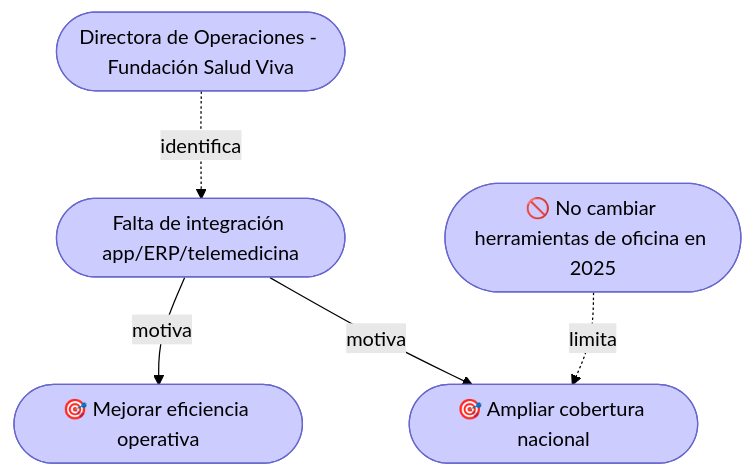
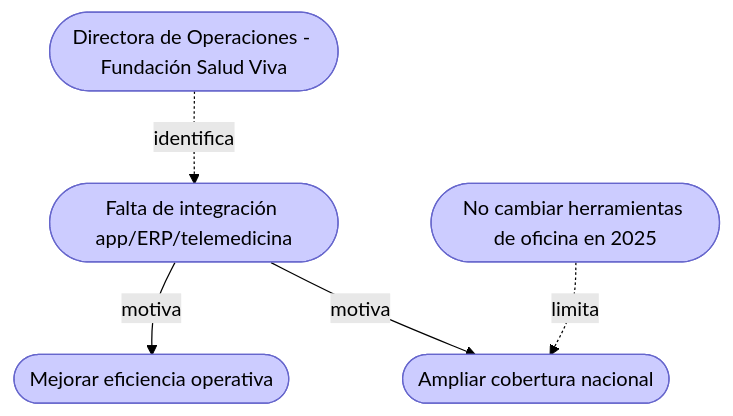
One commit to CesarAVegaF312/AREM-Taller_0_Preliminary_Vision changed the second of 2 diagrams in clase/guia_paso_a_paso_preliminary_vision.md. Above: the diagram before and after it, drawn with Mermaid (forest theme). The commit also changed other lines of this file and 5 other files, not shown here.

````diff
--- a/clase/guia_paso_a_paso_preliminary_vision.md
+++ b/clase/guia_paso_a_paso_preliminary_vision.md
@@ -133,16 +133,16 @@
 ```mermaid
 flowchart TD
     stakeholder(["Directora de Operaciones - Fundación Salud Viva"])
     driver(["Falta de integración app/ERP/telemedicina"])
-    goal1(["🎯 Mejorar eficiencia operativa"])
-    goal2(["🎯 Ampliar cobertura nacional"])
-    constraint(["🚫 No cambiar herramientas de oficina en 2025"])
+    goal1(["Mejorar eficiencia operativa"])
+    goal2(["Ampliar cobertura nacional"])
+    constraint(["No cambiar herramientas de oficina en 2025"])
 
     stakeholder -.->|"identifica"| driver
     driver -->|"motiva"| goal1
     driver -->|"motiva"| goal2
     constraint -.->|"limita"| goal2
 
     classDef motivacion fill:#ccccff,color:#000,stroke:#6666cc;
     class stakeholder,driver,goal1,goal2,constraint motivacion
 ```
````
